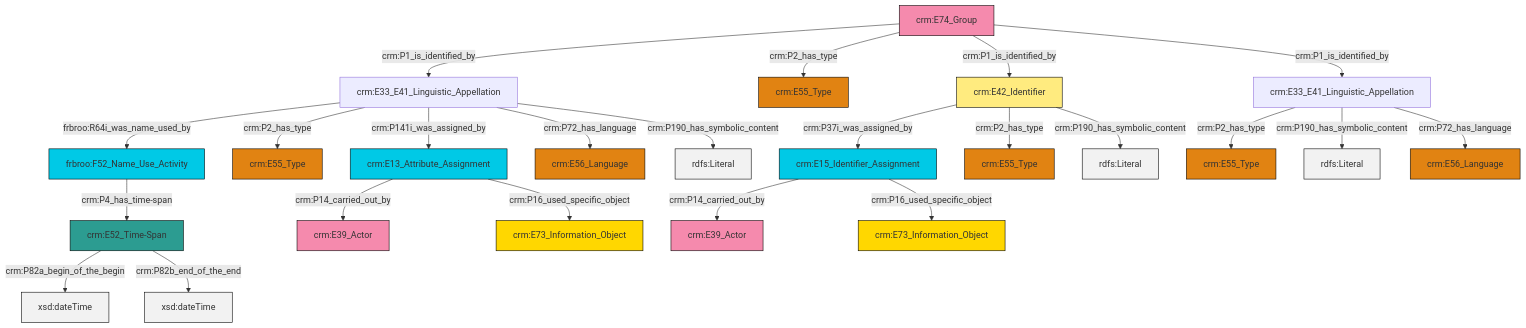
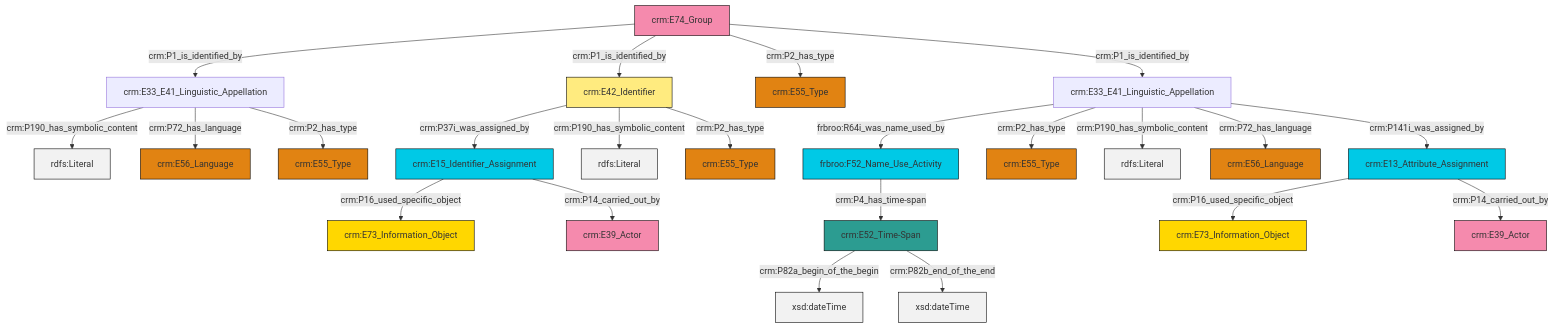
One commit to swiss-art-research-net/reference-data-models changed the diagram in et/groupCSV/ttl/mmd/group_name.ttl.mmd. Above: the diagram before and after it, drawn with Mermaid. The commit also changed 129 other files, not shown here.

```diff
--- a/et/groupCSV/ttl/mmd/group_name.ttl.mmd
+++ b/et/groupCSV/ttl/mmd/group_name.ttl.mmd
@@ -1,37 +1,37 @@
 graph TD
 classDef Literal fill:#f2f2f2,stroke:#000000;
 classDef CRM_Entity fill:#FFFFFF,stroke:#000000;
 classDef Temporal_Entity fill:#00C9E6, stroke:#000000;
 classDef Type fill:#E18312, stroke:#000000;
 classDef Time-Span fill:#2C9C91, stroke:#000000;
 classDef Appellation fill:#FFEB7F, stroke:#000000;
 classDef Place fill:#008836, stroke:#000000;
 classDef Persistent_Item fill:#B266B2, stroke:#000000;
 classDef Conceptual_Object fill:#FFD700, stroke:#000000;
 classDef Physical_Thing fill:#D2B48C, stroke:#000000;
 classDef Actor fill:#f58aad, stroke:#000000;
 classDef PC_Classes fill:#4ce600, stroke:#000000;
 classDef Multi fill:#cccccc,stroke:#000000;
 
-2["crm:E33_E41_Linguistic_Appellation"]:::Default -->|frbroo:R64i_was_name_used_by| 3["frbroo:F52_Name_Use_Activity"]:::Temporal_Entity
-3["frbroo:F52_Name_Use_Activity"]:::Temporal_Entity -->|crm:P4_has_time-span| 4["crm:E52_Time-Span"]:::Time-Span
-5["crm:E13_Attribute_Assignment"]:::Temporal_Entity -->|crm:P14_carried_out_by| 0["crm:E39_Actor"]:::Actor
-8["crm:E74_Group"]:::Actor -->|crm:P1_is_identified_by| 2["crm:E33_E41_Linguistic_Appellation"]:::Default
-8["crm:E74_Group"]:::Actor -->|crm:P2_has_type| 6["crm:E55_Type"]:::Type
-9["crm:E33_E41_Linguistic_Appellation"]:::Default -->|crm:P2_has_type| 10["crm:E55_Type"]:::Type
-8["crm:E74_Group"]:::Actor -->|crm:P1_is_identified_by| 13["crm:E42_Identifier"]:::Appellation
-5["crm:E13_Attribute_Assignment"]:::Temporal_Entity -->|crm:P16_used_specific_object| 14["crm:E73_Information_Object"]:::Conceptual_Object
-13["crm:E42_Identifier"]:::Appellation -->|crm:P37i_was_assigned_by| 15["crm:E15_Identifier_Assignment"]:::Temporal_Entity
-8["crm:E74_Group"]:::Actor -->|crm:P1_is_identified_by| 9["crm:E33_E41_Linguistic_Appellation"]:::Default
-13["crm:E42_Identifier"]:::Appellation -->|crm:P2_has_type| 16["crm:E55_Type"]:::Type
-2["crm:E33_E41_Linguistic_Appellation"]:::Default -->|crm:P2_has_type| 20["crm:E55_Type"]:::Type
-15["crm:E15_Identifier_Assignment"]:::Temporal_Entity -->|crm:P14_carried_out_by| 21["crm:E39_Actor"]:::Actor
-2["crm:E33_E41_Linguistic_Appellation"]:::Default -->|crm:P141i_was_assigned_by| 5["crm:E13_Attribute_Assignment"]:::Temporal_Entity
-9["crm:E33_E41_Linguistic_Appellation"]:::Default -->|crm:P190_has_symbolic_content| 24[rdfs:Literal]:::Literal
-15["crm:E15_Identifier_Assignment"]:::Temporal_Entity -->|crm:P16_used_specific_object| 28["crm:E73_Information_Object"]:::Conceptual_Object
-2["crm:E33_E41_Linguistic_Appellation"]:::Default -->|crm:P72_has_language| 18["crm:E56_Language"]:::Type
-4["crm:E52_Time-Span"]:::Time-Span -->|crm:P82a_begin_of_the_begin| 30[xsd:dateTime]:::Literal
-9["crm:E33_E41_Linguistic_Appellation"]:::Default -->|crm:P72_has_language| 35["crm:E56_Language"]:::Type
-2["crm:E33_E41_Linguistic_Appellation"]:::Default -->|crm:P190_has_symbolic_content| 38[rdfs:Literal]:::Literal
-13["crm:E42_Identifier"]:::Appellation -->|crm:P190_has_symbolic_content| 40[rdfs:Literal]:::Literal
-4["crm:E52_Time-Span"]:::Time-Span -->|crm:P82b_end_of_the_end| 41[xsd:dateTime]:::Literal
+0["crm:E13_Attribute_Assignment"]:::Temporal_Entity -->|crm:P16_used_specific_object| 1["crm:E73_Information_Object"]:::Conceptual_Object
+4["crm:E33_E41_Linguistic_Appellation"]:::Default -->|frbroo:R64i_was_name_used_by| 5["frbroo:F52_Name_Use_Activity"]:::Temporal_Entity
+6["crm:E33_E41_Linguistic_Appellation"]:::Default -->|crm:P190_has_symbolic_content| 7[rdfs:Literal]:::Literal
+5["frbroo:F52_Name_Use_Activity"]:::Temporal_Entity -->|crm:P4_has_time-span| 2["crm:E52_Time-Span"]:::Time-Span
+4["crm:E33_E41_Linguistic_Appellation"]:::Default -->|crm:P2_has_type| 9["crm:E55_Type"]:::Type
+13["crm:E74_Group"]:::Actor -->|crm:P1_is_identified_by| 6["crm:E33_E41_Linguistic_Appellation"]:::Default
+11["crm:E42_Identifier"]:::Appellation -->|crm:P37i_was_assigned_by| 16["crm:E15_Identifier_Assignment"]:::Temporal_Entity
+6["crm:E33_E41_Linguistic_Appellation"]:::Default -->|crm:P72_has_language| 18["crm:E56_Language"]:::Type
+4["crm:E33_E41_Linguistic_Appellation"]:::Default -->|crm:P190_has_symbolic_content| 19[rdfs:Literal]:::Literal
+6["crm:E33_E41_Linguistic_Appellation"]:::Default -->|crm:P2_has_type| 14["crm:E55_Type"]:::Type
+16["crm:E15_Identifier_Assignment"]:::Temporal_Entity -->|crm:P16_used_specific_object| 26["crm:E73_Information_Object"]:::Conceptual_Object
+4["crm:E33_E41_Linguistic_Appellation"]:::Default -->|crm:P72_has_language| 22["crm:E56_Language"]:::Type
+11["crm:E42_Identifier"]:::Appellation -->|crm:P190_has_symbolic_content| 27[rdfs:Literal]:::Literal
+16["crm:E15_Identifier_Assignment"]:::Temporal_Entity -->|crm:P14_carried_out_by| 24["crm:E39_Actor"]:::Actor
+11["crm:E42_Identifier"]:::Appellation -->|crm:P2_has_type| 31["crm:E55_Type"]:::Type
+4["crm:E33_E41_Linguistic_Appellation"]:::Default -->|crm:P141i_was_assigned_by| 0["crm:E13_Attribute_Assignment"]:::Temporal_Entity
+2["crm:E52_Time-Span"]:::Time-Span -->|crm:P82a_begin_of_the_begin| 36[xsd:dateTime]:::Literal
+2["crm:E52_Time-Span"]:::Time-Span -->|crm:P82b_end_of_the_end| 37[xsd:dateTime]:::Literal
+13["crm:E74_Group"]:::Actor -->|crm:P1_is_identified_by| 11["crm:E42_Identifier"]:::Appellation
+13["crm:E74_Group"]:::Actor -->|crm:P2_has_type| 38["crm:E55_Type"]:::Type
+13["crm:E74_Group"]:::Actor -->|crm:P1_is_identified_by| 4["crm:E33_E41_Linguistic_Appellation"]:::Default
+0["crm:E13_Attribute_Assignment"]:::Temporal_Entity -->|crm:P14_carried_out_by| 20["crm:E39_Actor"]:::Actor
```
